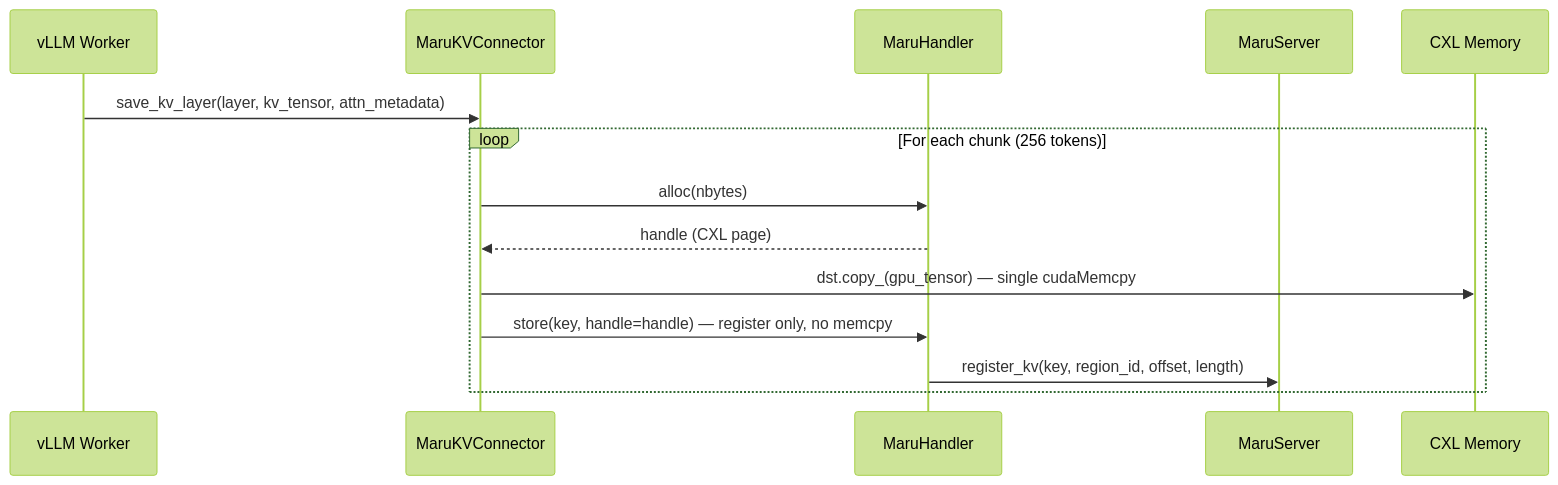
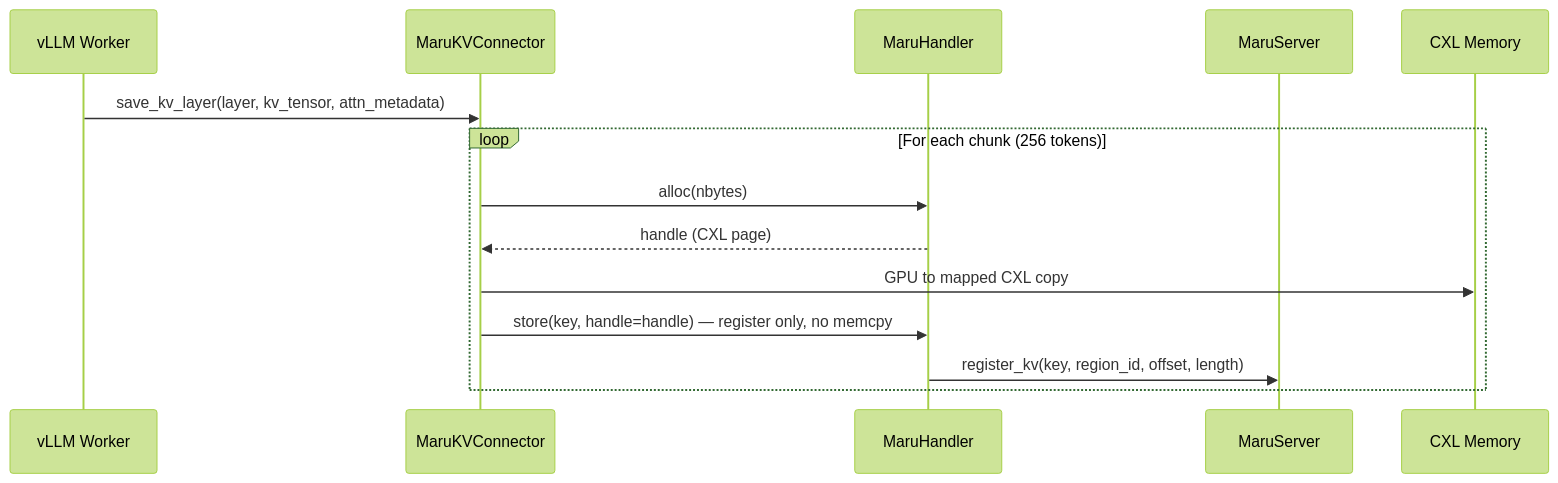
Before and after one commit to xcena-dev/maru: the second of 4 diagrams in docs/source/integration/vllm.md, drawn with Mermaid (forest theme). The commit also changed other lines of this file and 37 other files, not shown here.

````diff
--- a/docs/source/integration/vllm.md
+++ b/docs/source/integration/vllm.md
@@ -85,17 +93,17 @@
 ```mermaid
 sequenceDiagram
     participant vLLM as vLLM Worker
     participant MKV as MaruKVConnector
     participant MH as MaruHandler
     participant MS as MaruServer
     participant CXL as CXL Memory
 
     vLLM->>MKV: save_kv_layer(layer, kv_tensor, attn_metadata)
     loop For each chunk (256 tokens)
         MKV->>MH: alloc(nbytes)
         MH-->>MKV: handle (CXL page)
-        MKV->>CXL: dst.copy_(gpu_tensor) — single cudaMemcpy
+        MKV->>CXL: GPU to mapped CXL copy
         MKV->>MH: store(key, handle=handle) — register only, no memcpy
         MH->>MS: register_kv(key, region_id, offset, length)
     end
 ```
````
